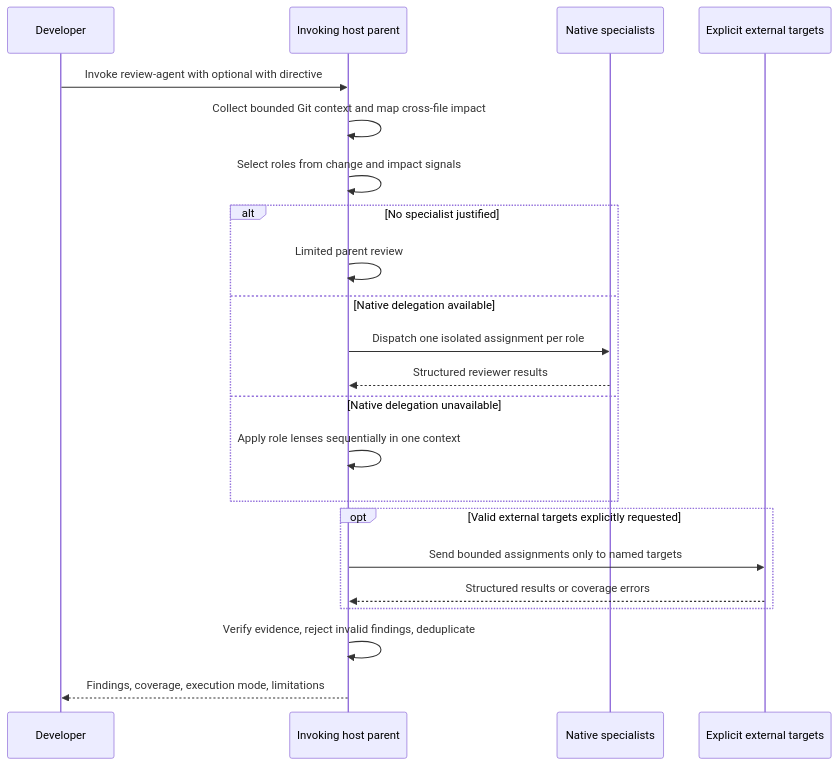
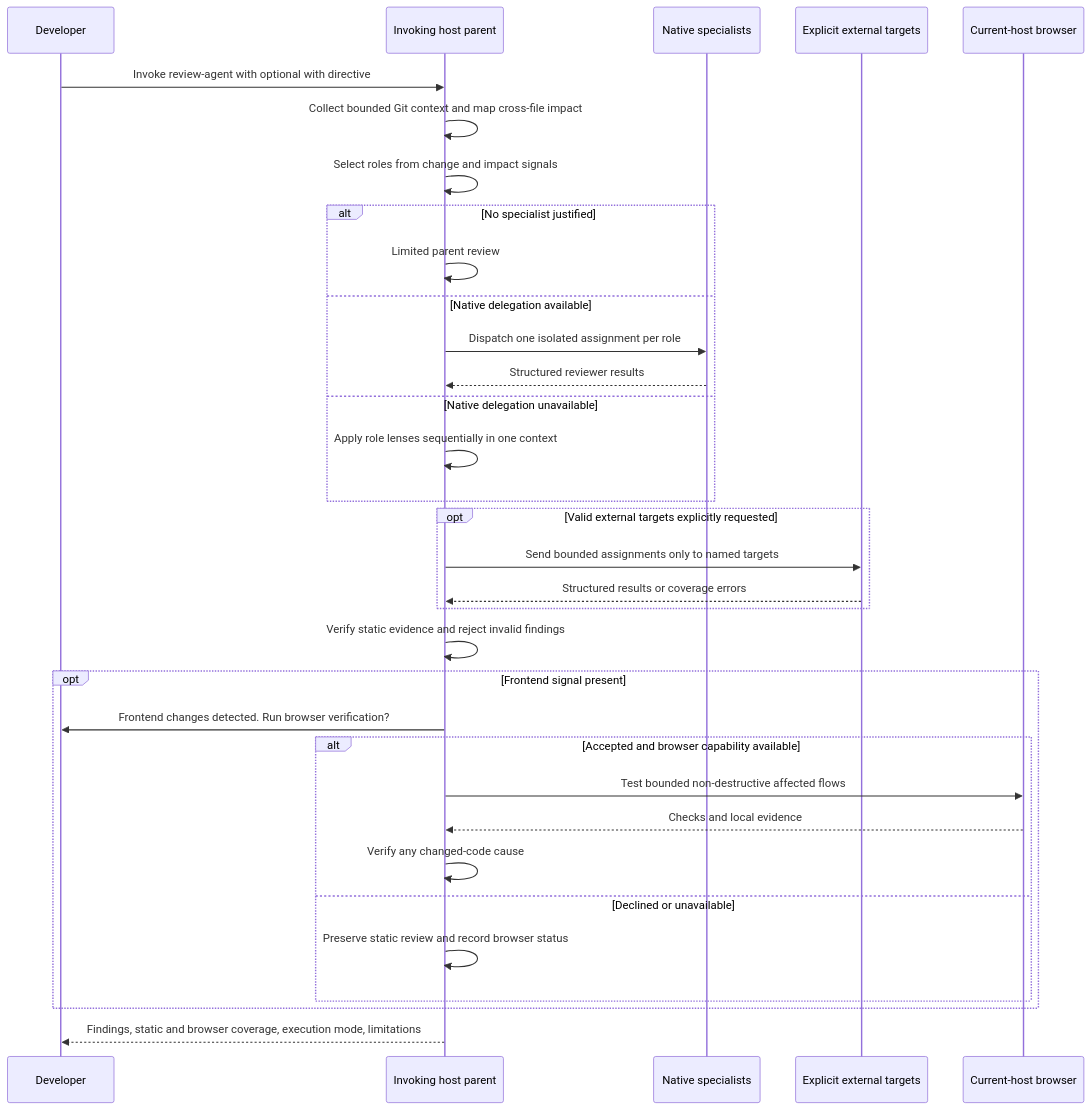
The diagram in docs/how-it-works.md (VisanAlex/review-agent), drawn with Mermaid before and after one commit. The commit also changed other lines of this file and 26 other files, not shown here.

First line of the commit message:
feat(browser): verify frontend changes on the current host (#6)

````diff
--- a/docs/how-it-works.md
+++ b/docs/how-it-works.md
@@ -12,25 +12,36 @@
 ```mermaid
 sequenceDiagram
   participant D as Developer
   participant P as Invoking host parent
   participant N as Native specialists
   participant E as Explicit external targets
+  participant B as Current-host browser
 
   D->>P: Invoke review-agent with optional with directive
   P->>P: Collect bounded Git context and map cross-file impact
   P->>P: Select roles from change and impact signals
   alt No specialist justified
     P->>P: Limited parent review
   else Native delegation available
     P->>N: Dispatch one isolated assignment per role
     N-->>P: Structured reviewer results
   else Native delegation unavailable
     P->>P: Apply role lenses sequentially in one context
   end
   opt Valid external targets explicitly requested
     P->>E: Send bounded assignments only to named targets
     E-->>P: Structured results or coverage errors
   end
-  P->>P: Verify evidence, reject invalid findings, deduplicate
-  P-->>D: Findings, coverage, execution mode, limitations
+  P->>P: Verify static evidence and reject invalid findings
+  opt Frontend signal present
+    P->>D: Frontend changes detected. Run browser verification?
+    alt Accepted and browser capability available
+      P->>B: Test bounded non-destructive affected flows
+      B-->>P: Checks and local evidence
+      P->>P: Verify any changed-code cause
+    else Declined or unavailable
+      P->>P: Preserve static review and record browser status
+    end
+  end
+  P-->>D: Findings, static and browser coverage, execution mode, limitations
 ```
````
